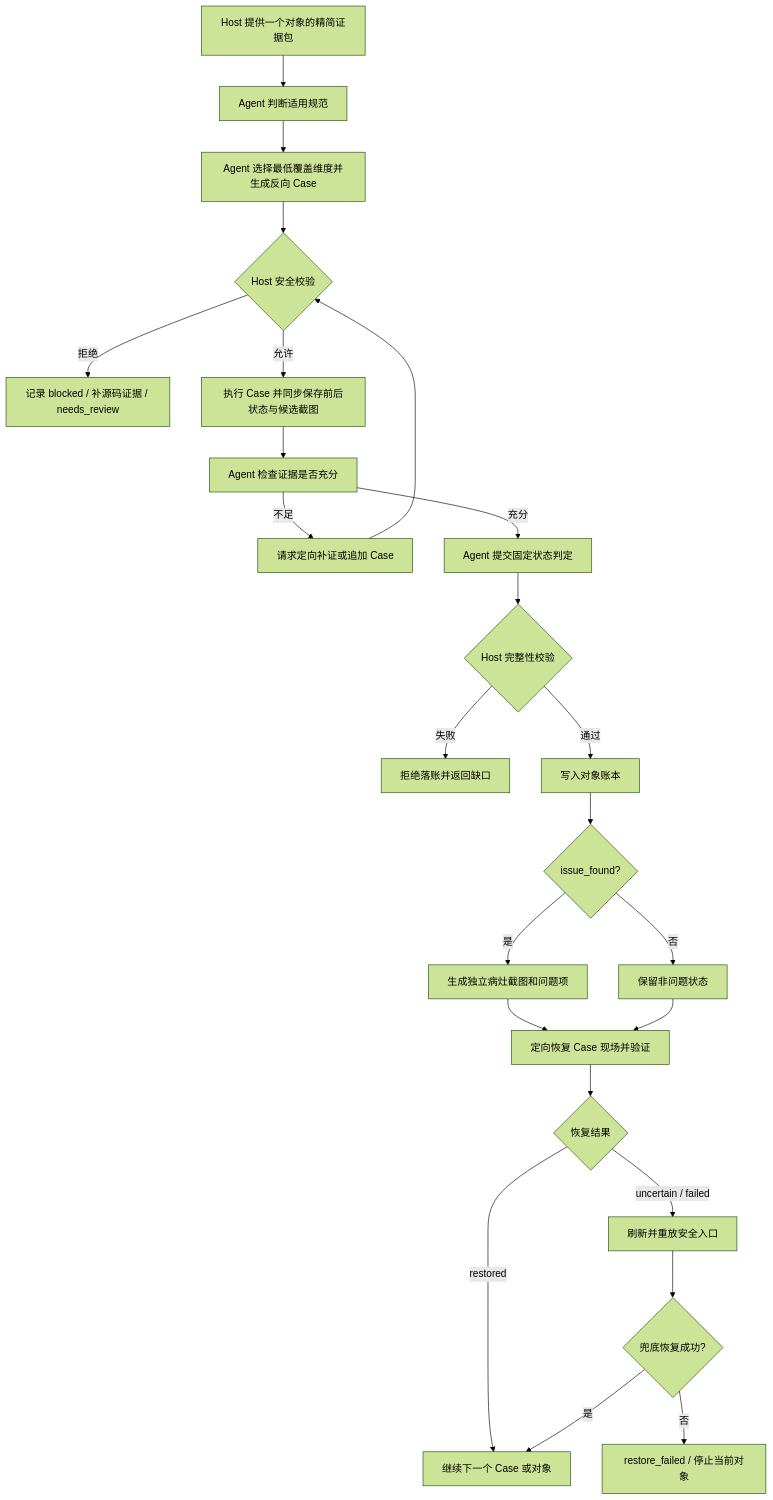
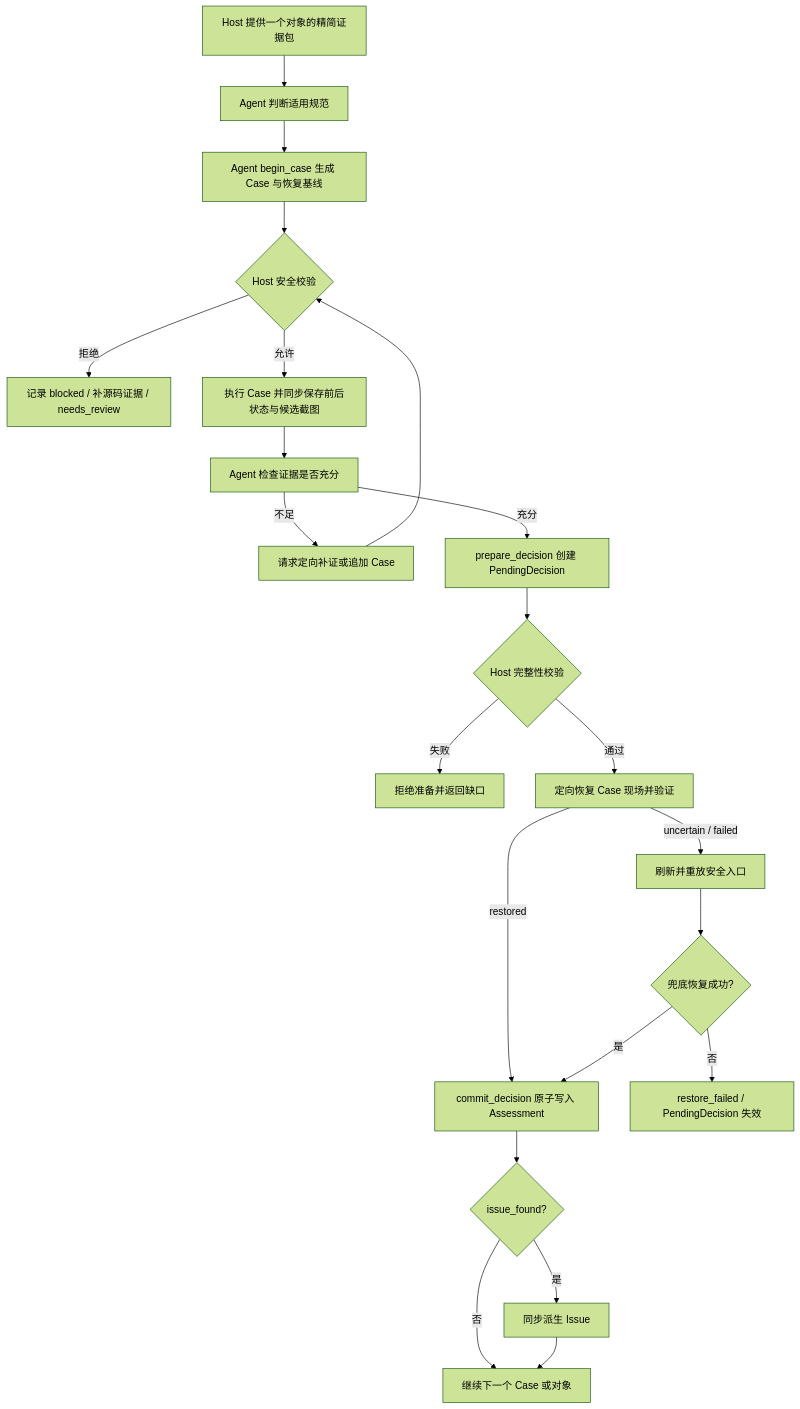
Before and after one commit to elioyu-07/Assayer: the second of 3 diagrams in docs/architecture.md, drawn with Mermaid (forest theme). The commit also changed other lines of this file and 28 other files, not shown here.

````diff
--- a/docs/architecture.md
+++ b/docs/architecture.md
@@ -186,26 +195,24 @@
 ```mermaid
 flowchart TD
     A[Host 提供一个对象的精简证据包] --> B[Agent 判断适用规范]
-    B --> C[Agent 选择最低覆盖维度并生成反向 Case]
+    B --> C[Agent begin_case 生成 Case 与恢复基线]
     C --> D{Host 安全校验}
     D -- 拒绝 --> E[记录 blocked / 补源码证据 / needs_review]
     D -- 允许 --> F[执行 Case 并同步保存前后状态与候选截图]
     F --> G[Agent 检查证据是否充分]
     G -- 不足 --> H[请求定向补证或追加 Case]
     H --> D
-    G -- 充分 --> I[Agent 提交固定状态判定]
+    G -- 充分 --> I[prepare_decision 创建 PendingDecision]
     I --> J{Host 完整性校验}
-    J -- 失败 --> K[拒绝落账并返回缺口]
-    J -- 通过 --> L[写入对象账本]
-    L --> M{issue_found?}
-    M -- 是 --> N[生成独立病灶截图和问题项]
-    M -- 否 --> O[保留非问题状态]
-    N --> P[定向恢复 Case 现场并验证]
-    O --> P
-    P --> Q{恢复结果}
-    Q -- restored --> R[继续下一个 Case 或对象]
-    Q -- uncertain / failed --> S[刷新并重放安全入口]
+    J -- 失败 --> K[拒绝准备并返回缺口]
+    J -- 通过 --> L[定向恢复 Case 现场并验证]
+    L -- restored --> M[commit_decision 原子写入 Assessment]
+    M --> N{issue_found?}
+    N -- 是 --> O[同步派生 Issue]
+    N -- 否 --> R[保留非问题状态并继续]
+    O --> R[继续下一个 Case 或对象]
+    L -- uncertain / failed --> S[刷新并重放安全入口]
     S --> T{兜底恢复成功?}
-    T -- 是 --> R
-    T -- 否 --> U[restore_failed / 停止当前对象]
+    T -- 是 --> M
+    T -- 否 --> U[restore_failed / PendingDecision 失效]
 ```
````
